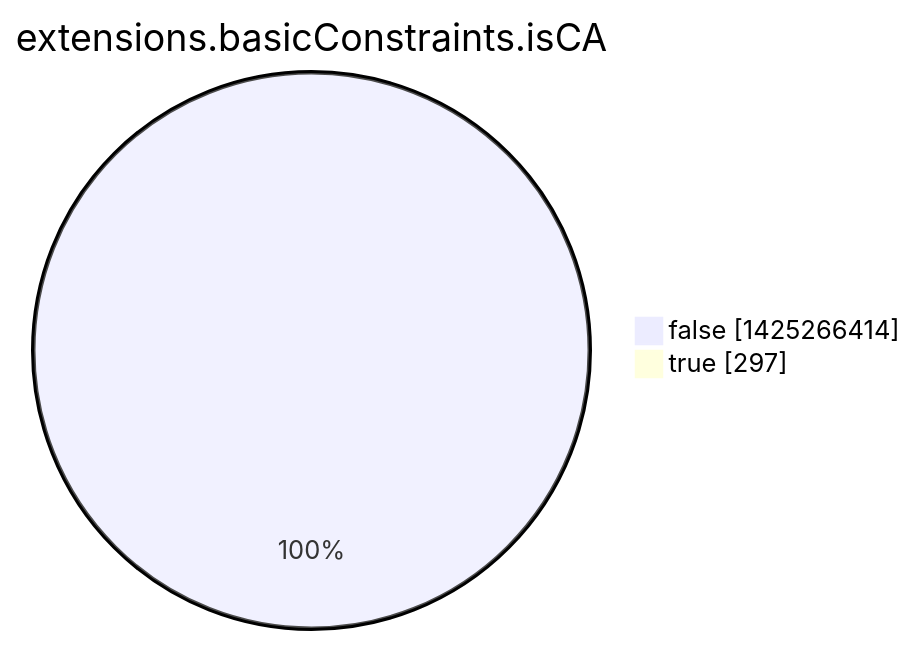
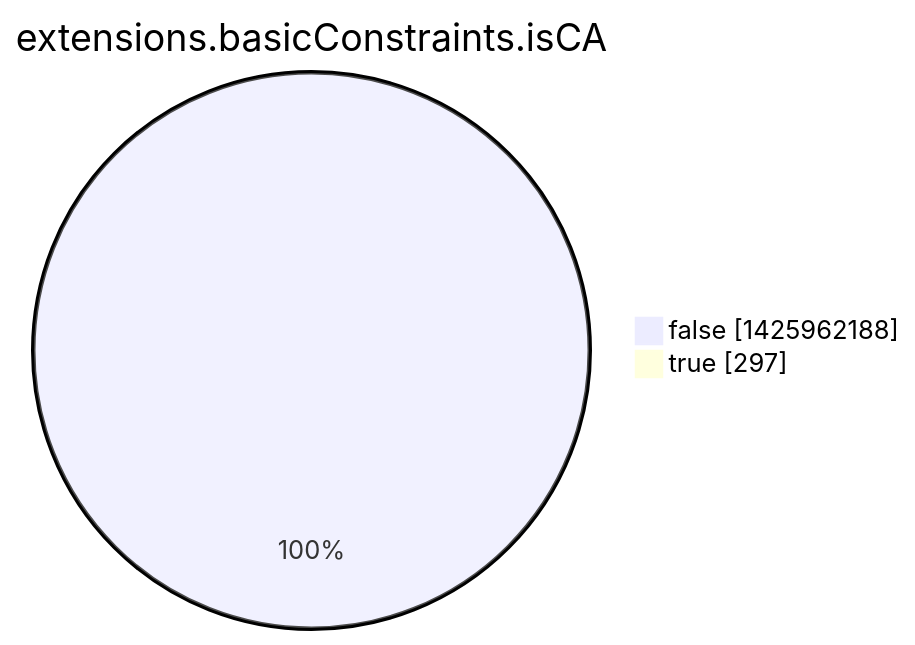
The eighth of 15 diagrams in argon2022/README.md (christiankrug/ctmonitor_visualization), drawn with Mermaid before and after one commit. The commit also changed other lines of this file, not shown here.

````diff
--- a/argon2022/README.md
+++ b/argon2022/README.md
@@ -2760,6 +2760,6 @@
 ```mermaid
 pie showData
 title extensions.basicConstraints.isCA
-"false" :1425266414
+"false" :1425962188
 "true" :297
 ```
````
